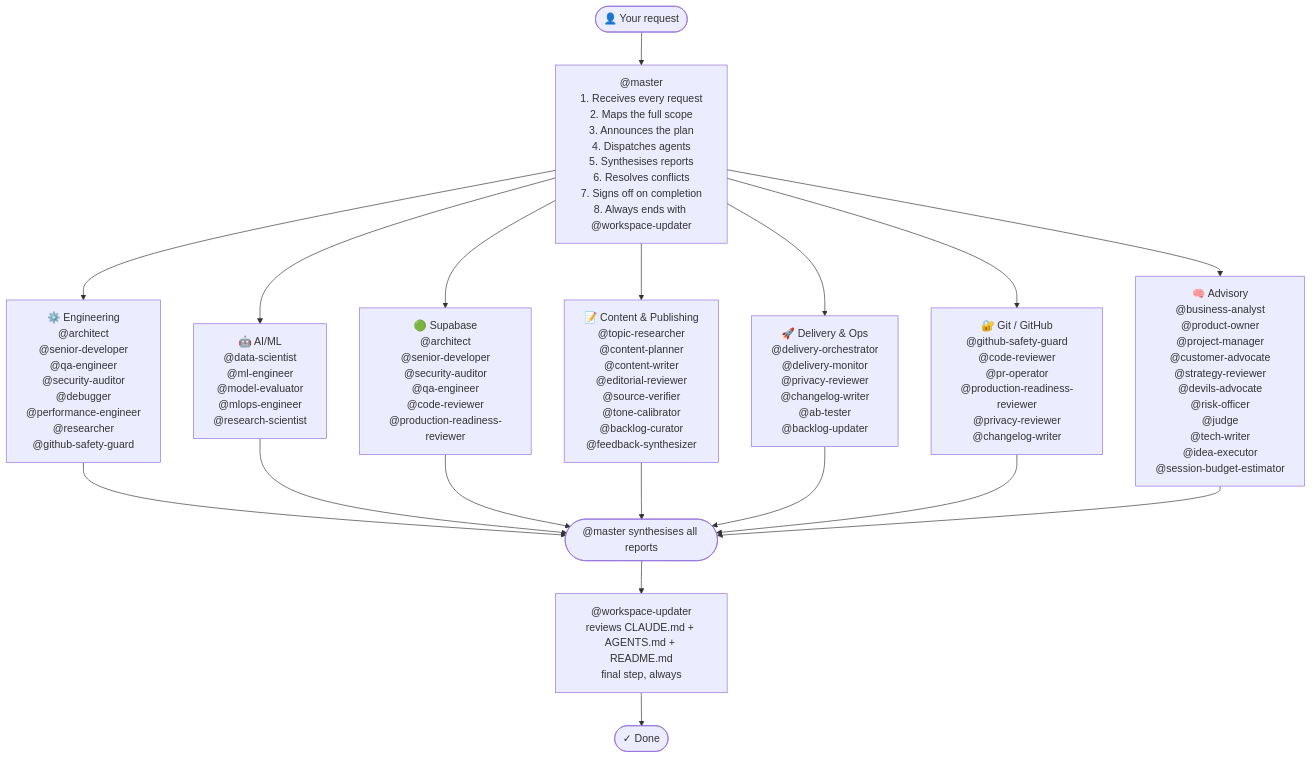
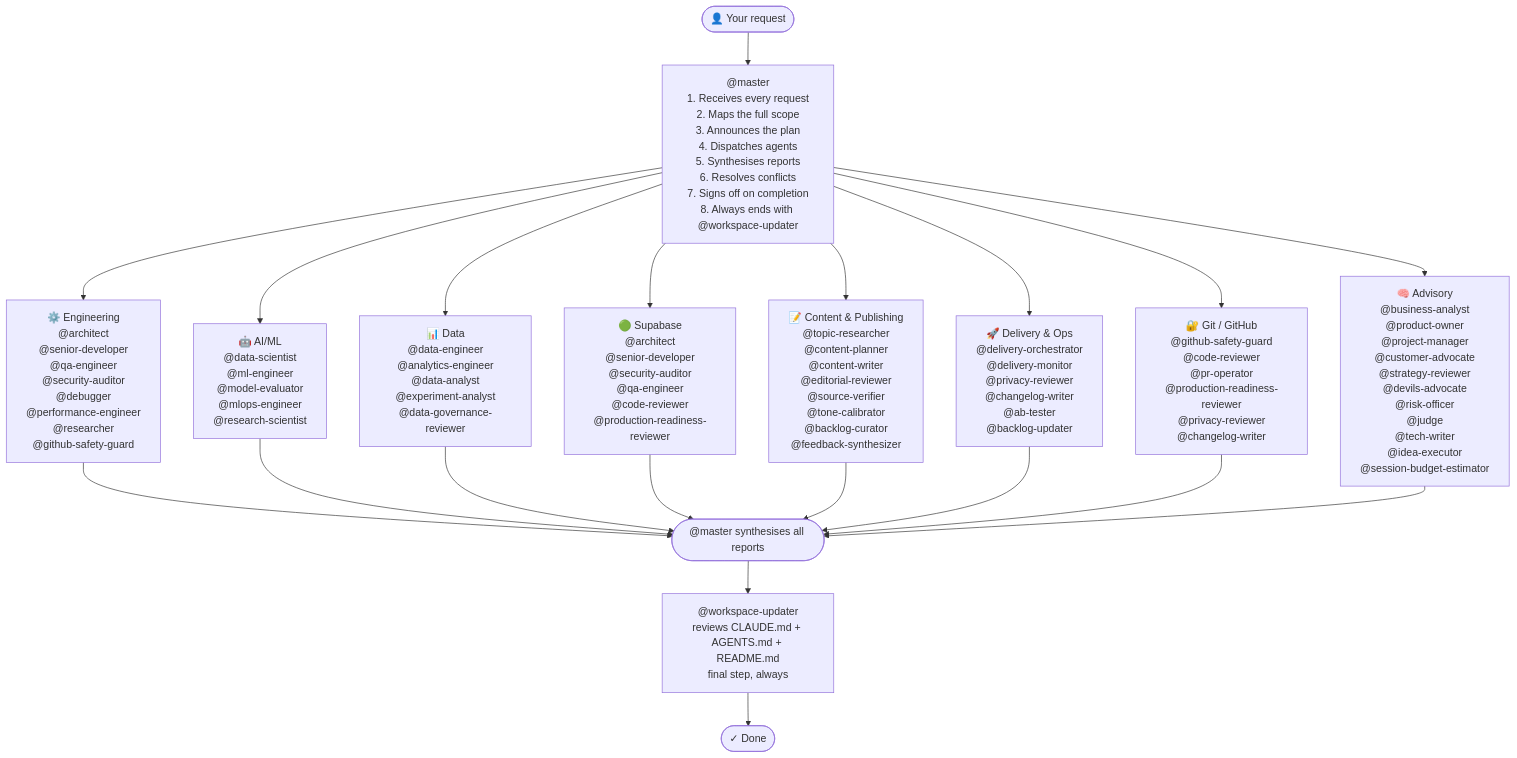
One commit to Konstantinos-Sakellariou/claude-team-kit changed the diagram in README.md. Above: the diagram before and after it, drawn with Mermaid. The commit also changed other lines of this file and 28 other files, not shown here.

````diff
--- a/README.md
+++ b/README.md
@@ -218,29 +234,31 @@
 ```mermaid
 flowchart TD
     USER(["👤 Your request"])
     USER --> MASTER
 
     MASTER["@master\n1. Receives every request\n2. Maps the full scope\n3. Announces the plan\n4. Dispatches agents\n5. Synthesises reports\n6. Resolves conflicts\n7. Signs off on completion\n8. Always ends with @workspace-updater"]
 
     MASTER --> ENG["⚙️ Engineering\n@architect\n@senior-developer\n@qa-engineer\n@security-auditor\n@debugger\n@performance-engineer\n@researcher\n@github-safety-guard"]
     MASTER --> ML["🤖 AI/ML\n@data-scientist\n@ml-engineer\n@model-evaluator\n@mlops-engineer\n@research-scientist"]
+    MASTER --> DATA["📊 Data\n@data-engineer\n@analytics-engineer\n@data-analyst\n@experiment-analyst\n@data-governance-reviewer"]
     MASTER --> SUPA["🟢 Supabase\n@architect\n@senior-developer\n@security-auditor\n@qa-engineer\n@code-reviewer\n@production-readiness-reviewer"]
 
     MASTER --> CONT["📝 Content & Publishing\n@topic-researcher\n@content-planner\n@content-writer\n@editorial-reviewer\n@source-verifier\n@tone-calibrator\n@backlog-curator\n@feedback-synthesizer"]
 
     MASTER --> DELIV["🚀 Delivery & Ops\n@delivery-orchestrator\n@delivery-monitor\n@privacy-reviewer\n@changelog-writer\n@ab-tester\n@backlog-updater"]
     MASTER --> GIT["🔐 Git / GitHub\n@github-safety-guard\n@code-reviewer\n@pr-operator\n@production-readiness-reviewer\n@privacy-reviewer\n@changelog-writer"]
 
     MASTER --> ADV["🧠 Advisory\n@business-analyst\n@product-owner\n@project-manager\n@customer-advocate\n@strategy-reviewer\n@devils-advocate\n@risk-officer\n@judge\n@tech-writer\n@idea-executor\n@session-budget-estimator"]
 
     ENG --> SYNTH(["@master synthesises all reports"])
     ML --> SYNTH
+    DATA --> SYNTH
     SUPA --> SYNTH
     CONT --> SYNTH
     DELIV --> SYNTH
     GIT --> SYNTH
     ADV --> SYNTH
 
     SYNTH --> WU["@workspace-updater\nreviews CLAUDE.md + AGENTS.md + README.md\nfinal step, always"]
     WU --> DONE(["✓ Done"])
 ```
````
